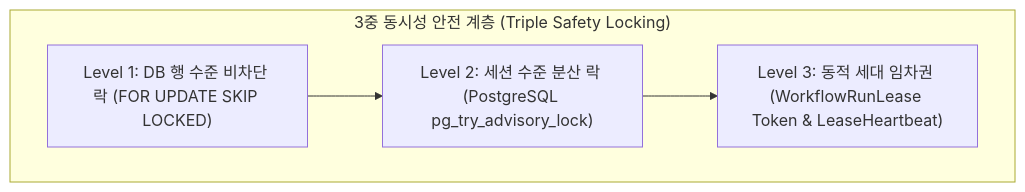
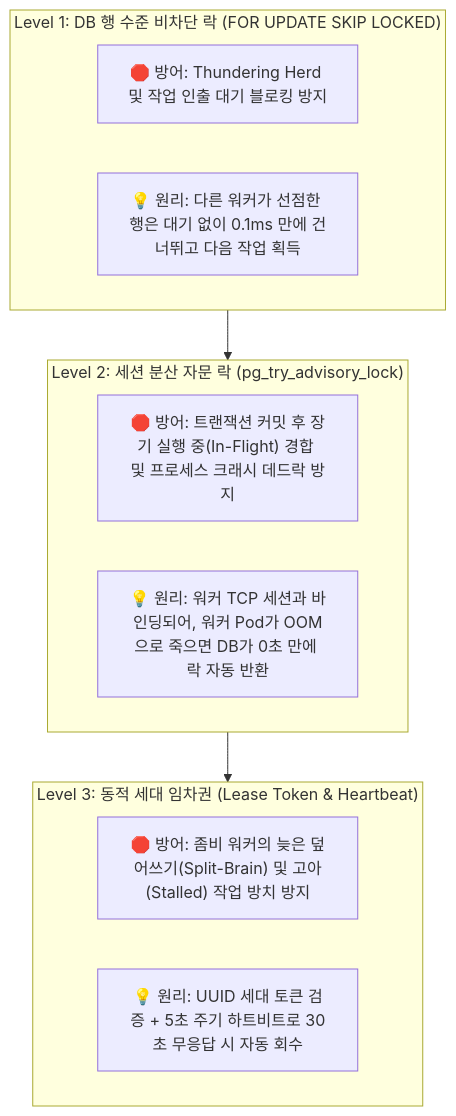
Before and after one commit to bist-mini-final/bist-mini-final: the first of 3 diagrams in docs/01_system_blueprints/BP-103_concurrency_and_locking_model.md, drawn with Mermaid. The commit also changed other lines of this file, not shown here.

Commit message:
docs: detail 3-Level Concurrency Safety Architecture and problem-solution matrix in BP-103

````diff
--- a/docs/01_system_blueprints/BP-103_concurrency_and_locking_model.md
+++ b/docs/01_system_blueprints/BP-103_concurrency_and_locking_model.md
@@ -11,9 +11,19 @@
 ```mermaid
 flowchart TD
-    subgraph SafetyLevel ["3중 동시성 안전 계층 (Triple Safety Locking)"]
-        L1["Level 1: DB 행 수준 비차단 락 (FOR UPDATE SKIP LOCKED)"]
-        L2["Level 2: 세션 수준 분산 락 (PostgreSQL pg_try_advisory_lock)"]
-        L3["Level 3: 동적 세대 임차권 (WorkflowRunLease Token & LeaseHeartbeat)"]
-        L1 --> L2 --> L3
+    subgraph L1 ["Level 1: DB 행 수준 비차단 락 (FOR UPDATE SKIP LOCKED)"]
+        P1["🛑 방어: Thundering Herd 및 작업 인출 대기 블로킹 방지"]
+        M1["💡 원리: 다른 워커가 선점한 행은 대기 없이 0.1ms 만에 건너뛰고 다음 작업 획득"]
     end
+
+    subgraph L2 ["Level 2: 세션 분산 자문 락 (pg_try_advisory_lock)"]
+        P2["🛑 방어: 트랜잭션 커밋 후 장기 실행 중(In-Flight) 경합 및 프로세스 크래시 데드락 방지"]
+        M2["💡 원리: 워커 TCP 세션과 바인딩되어, 워커 Pod가 OOM으로 죽으면 DB가 0초 만에 락 자동 반환"]
+    end
+
+    subgraph L3 ["Level 3: 동적 세대 임차권 (Lease Token & Heartbeat)"]
+        P3["🛑 방어: 좀비 워커의 늦은 덮어쓰기(Split-Brain) 및 고아(Stalled) 작업 방치 방지"]
+        M3["💡 원리: UUID 세대 토큰 검증 + 5초 주기 하트비트로 30초 무응답 시 자동 회수"]
+    end
+
+    L1 --> L2 --> L3
 ```
````
